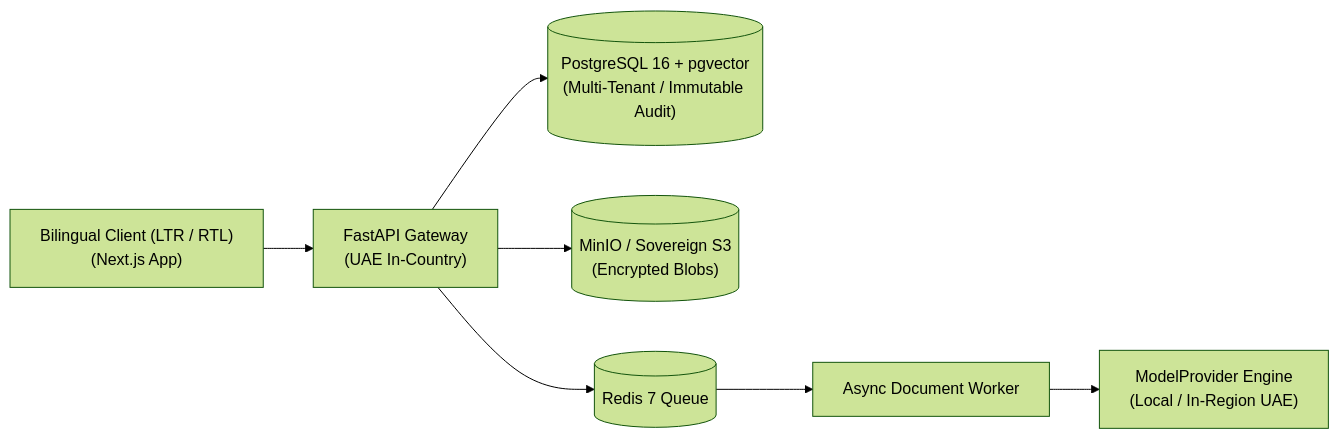
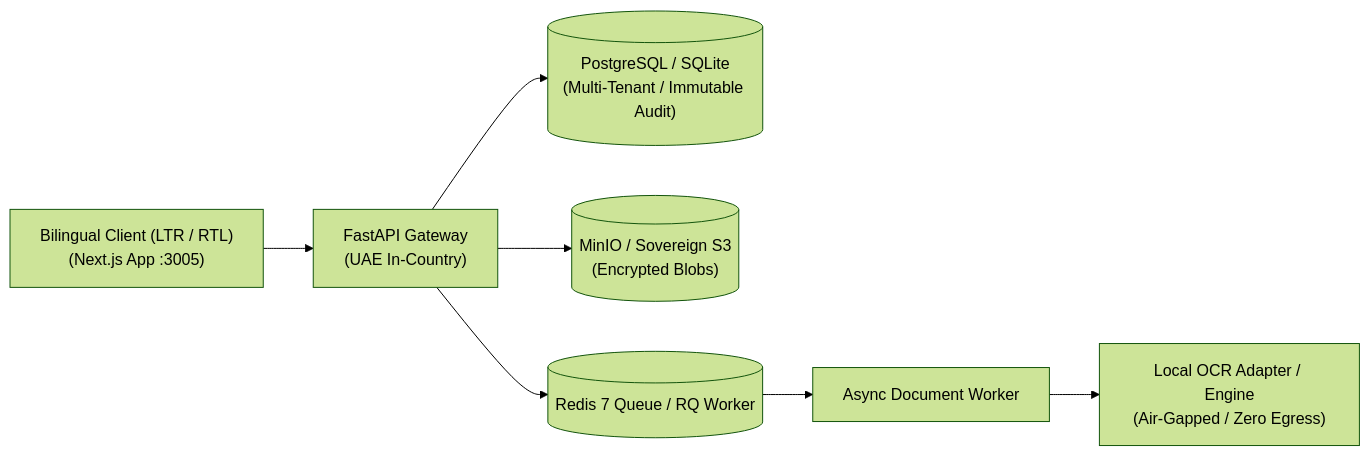
Before and after one commit to Ajimsha1080/AI-Document-Intelligence: the diagram in README.md, drawn with Mermaid (forest theme). The commit also changed other lines of this file and 157 other files, not shown here.

````diff
--- a/README.md
+++ b/README.md
@@ -49,9 +51,9 @@
 ```mermaid
 flowchart LR
-    Client["Bilingual Client (LTR / RTL)\n(Next.js App)"] --> API["FastAPI Gateway\n(UAE In-Country)"]
-    API --> Postgres[("PostgreSQL 16 + pgvector\n(Multi-Tenant / Immutable Audit)")]
-    API --> MinIO[("MinIO / Sovereign S3\n(Encrypted Blobs)")]
-    API --> Redis[("Redis 7 Queue")]
+    Client["Bilingual Client (LTR / RTL)\n(Next.js App :3005)"] --> API["FastAPI Gateway\n(UAE In-Country)"]
+    API --> SQLite[("PostgreSQL / SQLite\n(Multi-Tenant / Immutable Audit)")]
+    API --> SovereignStore[("MinIO / Sovereign S3\n(Encrypted Blobs)")]
+    API --> Redis[("Redis 7 Queue / RQ Worker")]
     Redis --> Worker["Async Document Worker"]
-    Worker --> Model["ModelProvider Engine\n(Local / In-Region UAE)"]
+    Worker --> Model["Local OCR Adapter / Engine\n(Air-Gapped / Zero Egress)"]
 ```
````
